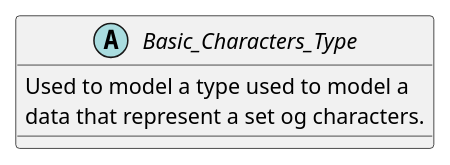
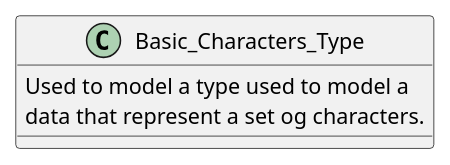
Before and after one commit to HomeMadeBots/Embedded_Software_Meta_Model: the diagram in Meta-Classes/Basic_Characters_Type.puml, drawn with PlantUML. The commit also changed 7 other files, not shown here.

```diff
--- a/Meta-Classes/Basic_Characters_Type.puml
+++ b/Meta-Classes/Basic_Characters_Type.puml
@@ -1,9 +1,9 @@
 @startuml
 
-abstract class Basic_Characters_Type
+class Basic_Characters_Type
 {
   Used to model a type used to model a
   data that represent a set og characters.
 }
 
 @enduml
```
